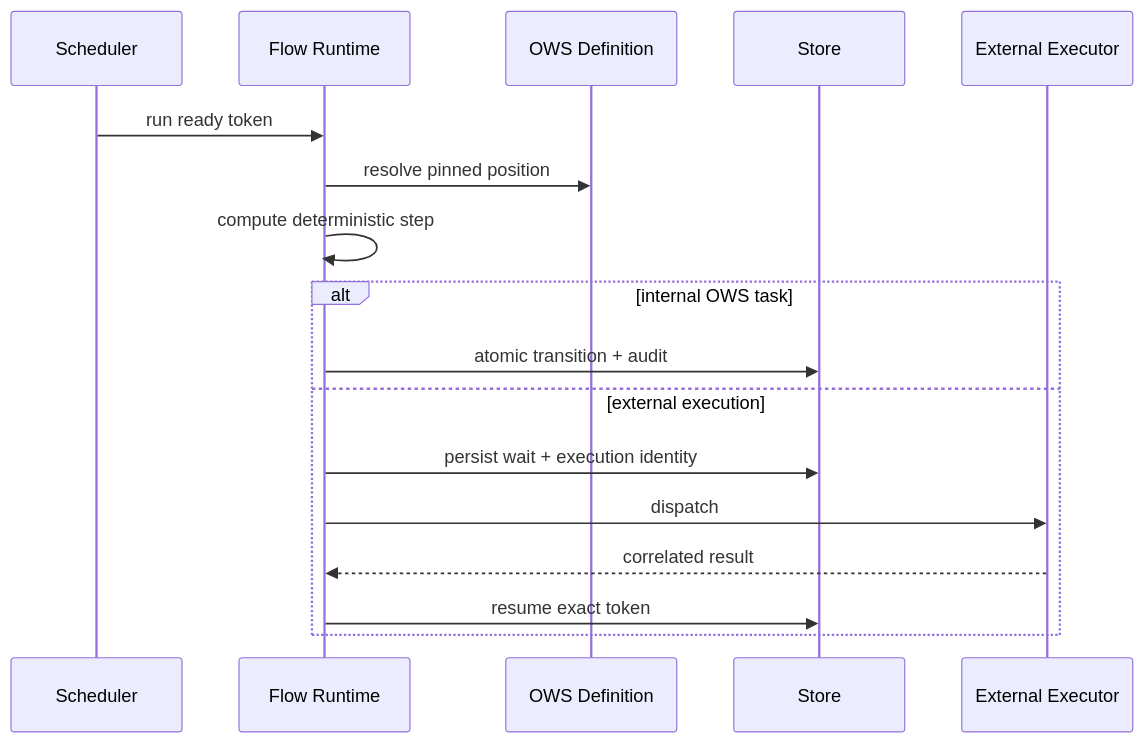
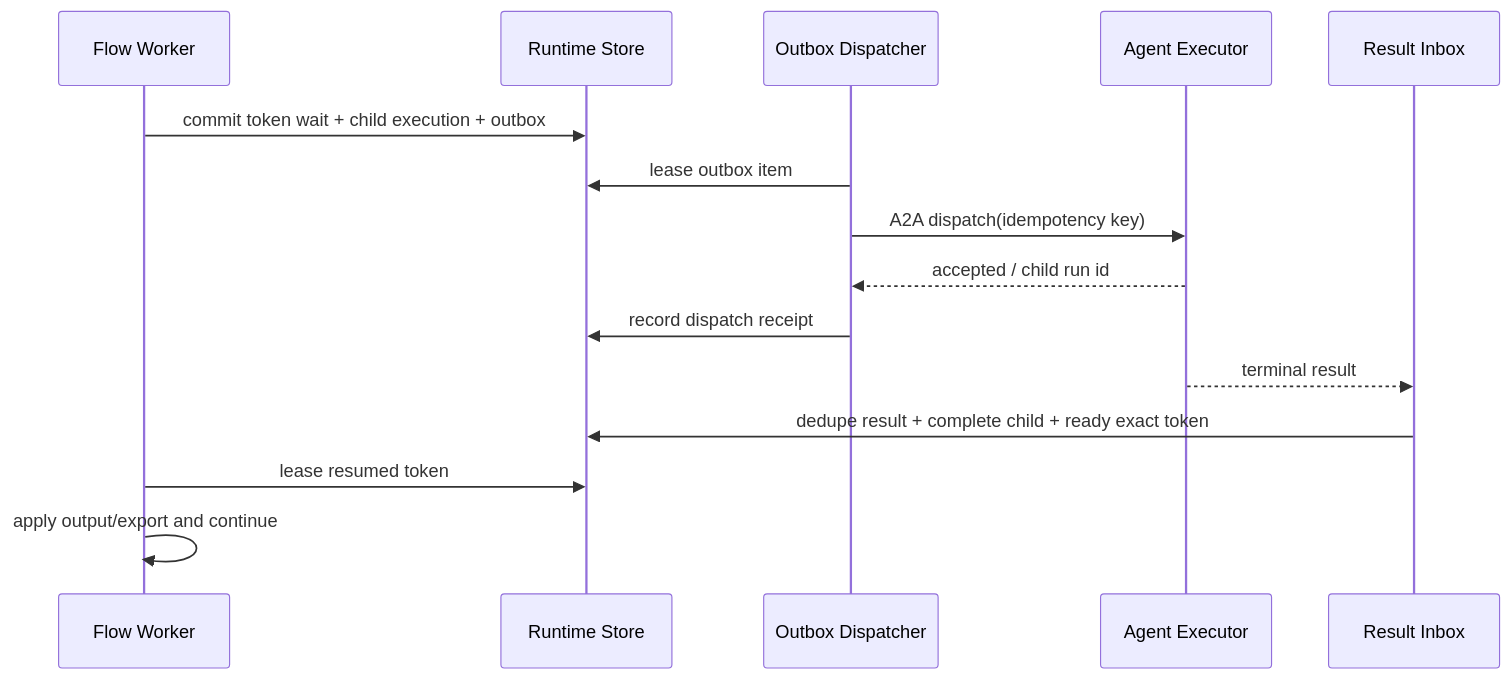
The eighth of 12 diagrams in docs/architecture/WORKWEAVE-ENGINE-ARCHITECTURE-DOSSIER.md (misawsneto/ww-engine), drawn with Mermaid before and after one commit. The commit also changed other lines of this file, not shown here.

````diff
--- a/docs/architecture/WORKWEAVE-ENGINE-ARCHITECTURE-DOSSIER.md
+++ b/docs/architecture/WORKWEAVE-ENGINE-ARCHITECTURE-DOSSIER.md
@@ -347,20 +2006,18 @@
 ```mermaid
 sequenceDiagram
-    participant S as Scheduler
-    participant F as Flow Runtime
-    participant D as OWS Definition
-    participant DB as Store
-    participant X as External Executor
+    participant F as Flow Worker
+    participant DB as Runtime Store
+    participant O as Outbox Dispatcher
+    participant A as Agent Executor
+    participant I as Result Inbox
 
-    S->>F: run ready token
-    F->>D: resolve pinned position
-    F->>F: compute deterministic step
-    alt internal OWS task
-        F->>DB: atomic transition + audit
-    else external execution
-        F->>DB: persist wait + execution identity
-        F->>X: dispatch
-        X-->>F: correlated result
-        F->>DB: resume exact token
-    end
+    F->>DB: commit token wait + child execution + outbox
+    O->>DB: lease outbox item
+    O->>A: A2A dispatch(idempotency key)
+    A-->>O: accepted / child run id
+    O->>DB: record dispatch receipt
+    A-->>I: terminal result
+    I->>DB: dedupe result + complete child + ready exact token
+    F->>DB: lease resumed token
+    F->>F: apply output/export and continue
 ```
````
